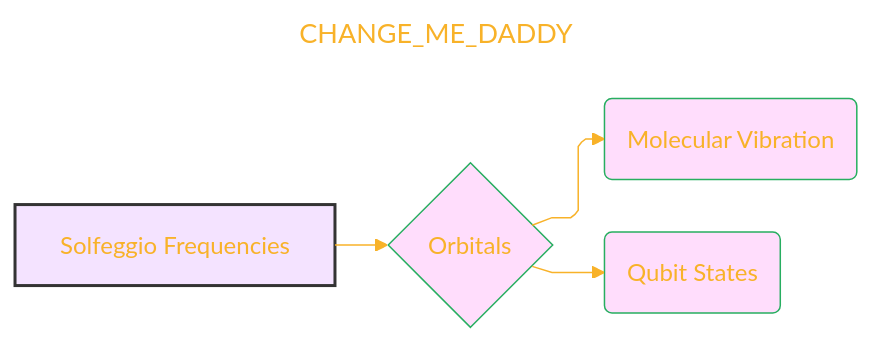
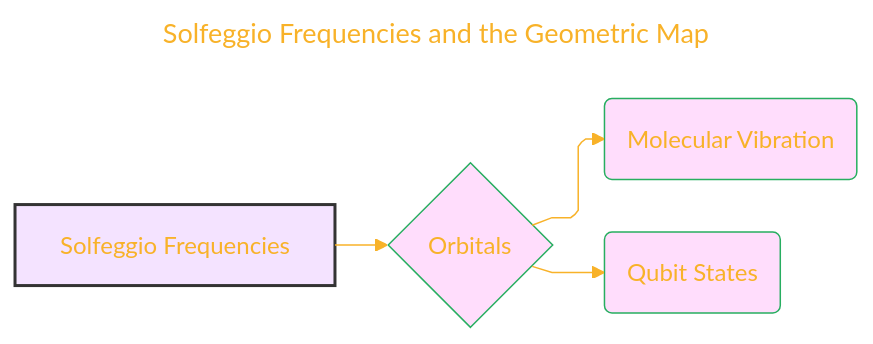
One commit to CongLeSolutionX/Harmonic_Atomica changed the fourth of 6 diagrams in Quantum_Harmonic_Atomic_Model/Quantum_Harmonic_Atomic_Model_Draft_9.md. Above: the diagram before and after it, drawn with Mermaid. The commit also changed other lines of this file, not shown here.

````diff
--- a/Quantum_Harmonic_Atomic_Model/Quantum_Harmonic_Atomic_Model_Draft_9.md
+++ b/Quantum_Harmonic_Atomic_Model/Quantum_Harmonic_Atomic_Model_Draft_9.md
@@ -248,37 +248,37 @@
 ```mermaid
 ---
-title: "CHANGE_ME_DADDY"
+title: "Solfeggio Frequencies and the Geometric Map"
 author: "Cong Le"
 version: "1.0"
 license(s): "MIT, CC BY 4.0"
 copyright: "Copyright (c) 2025 Cong Le. All Rights Reserved."
 config:
   layout: elk
   theme: base
 ---
 %%%%%%%% Mermaid version v11.4.1-b.14
 %%%%%%%% Available curve styles include the following keywords:
 %% basis, bumpX, bumpY, cardinal, catmullRom, linear, monotoneX, monotoneY, natural, step, stepAfter, stepBefore.
 %%{
   init: {
     'flowchart': { 'htmlLabels': false, 'curve': 'linear' },
     'fontFamily': 'Monaco',
     'themeVariables': {
       'primaryColor': '#F5E3',
       'primaryTextColor': '#F8B229',
       'lineColor': '#F8B229',
       'primaryBorderColor': '#27AE60',
       'secondaryColor': '#EBDEF0',
       'secondaryTextColor': '#6C3483',
       'secondaryBorderColor': '#A569BD'
     }
   }
 }%%
 flowchart LR
     A["Solfeggio Frequencies"] --> B{"Orbitals"}
     B --> C("Molecular Vibration")
     B --> D("Qubit States")
 
     style A fill:#a3f2,stroke:#333,stroke-width:2px
     
 ```
````
